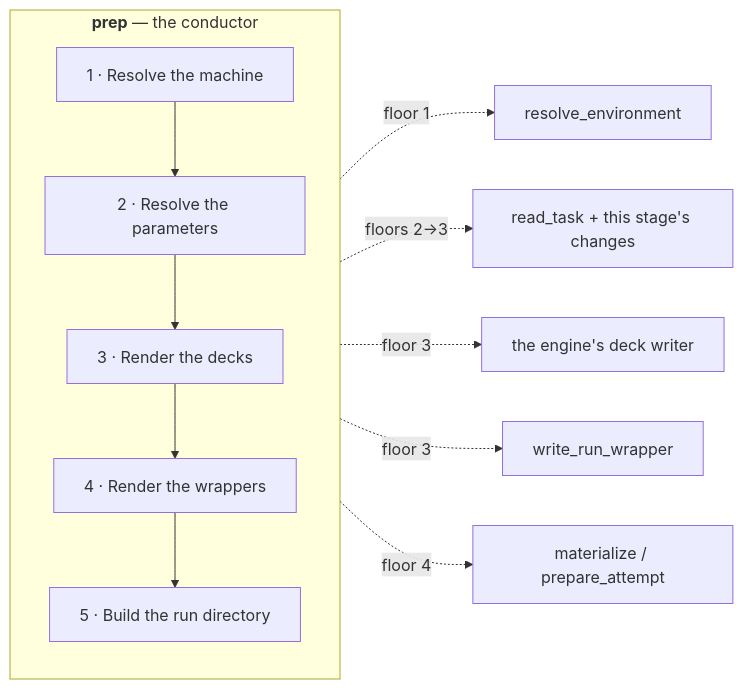
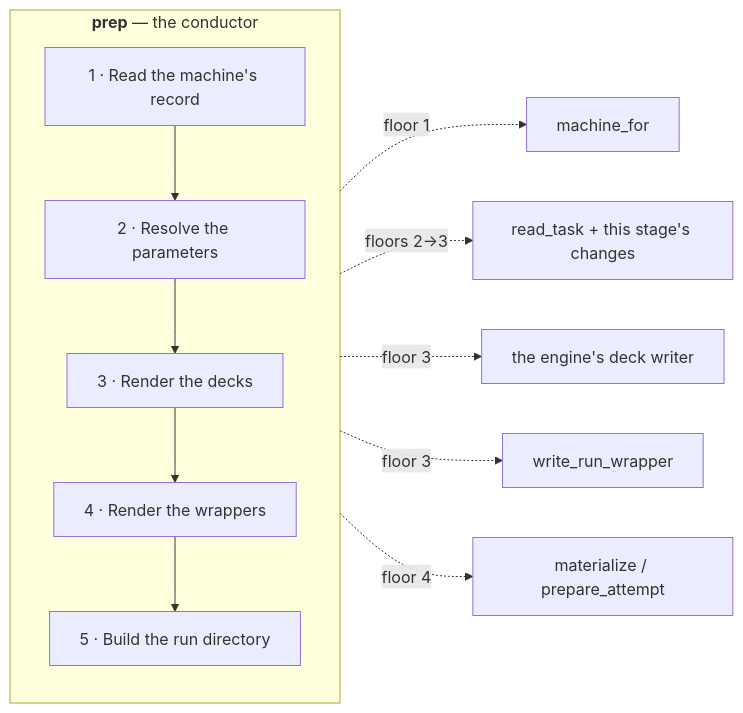
One commit to Qing-LAB/molbuilder changed the fourth of 10 diagrams in docs/execution/architecture.md. Above: the diagram before and after it, drawn with Mermaid. The commit also changed other lines of this file and 8 other files, not shown here.

````diff
--- a/docs/execution/architecture.md
+++ b/docs/execution/architecture.md
@@ -422,14 +487,14 @@
 ```mermaid
 flowchart LR
     subgraph PREP["<b>prep</b> — the conductor"]
       direction TB
-      p1["1 · Resolve the machine"] --> p2["2 · Resolve the parameters"]
+      p1["1 · Read the machine's record"] --> p2["2 · Resolve the parameters"]
       p2 --> p3["3 · Render the decks"] --> p4["4 · Render the wrappers"]
       p4 --> p5["5 · Build the run directory"]
     end
-    p1 -.->|"floor 1"| q1["resolve_environment"]
+    p1 -.->|"floor 1"| q1["machine_for"]
     p2 -.->|"floors 2→3"| q2["read_task + this stage's changes"]
     p3 -.->|"floor 3"| q3["the engine's deck writer"]
     p4 -.->|"floor 3"| q4["write_run_wrapper"]
     p5 -.->|"floor 4"| q5["materialize / prepare_attempt"]
 ```
````
